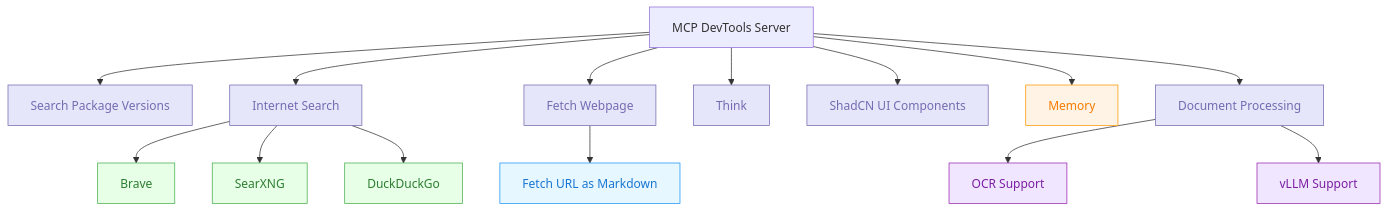
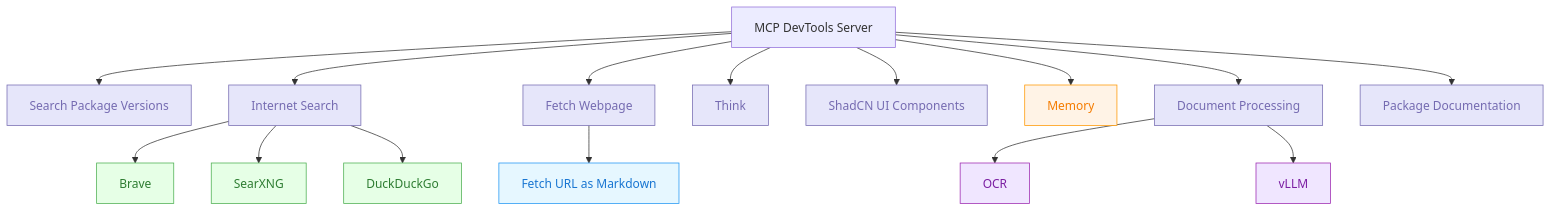
The diagram in README.md (sammcj/mcp-devtools), drawn with Mermaid before and after one commit. The commit also changed other lines of this file and 7 other files, not shown here.

Commit message:
feat: new package docs tool for context7

````diff
--- a/README.md
+++ b/README.md
@@ -7,33 +7,36 @@
 ```mermaid
 graph TD
     A[MCP DevTools Server] --> B[Search Package Versions]
     A --> C[Internet Search]
     A --> D[Fetch Webpage]
     A --> E[Think]
     A --> F[ShadCN UI Components]
     A --> G[Memory]
     A --> H[Document Processing]
+    A --> I[Package Documentation]
 
     C --> C1[Brave]
     C --> C2[SearXNG]
     C --> C3[DuckDuckGo]
 
     D --> D1[Fetch URL as Markdown]
 
-    H --> H5[OCR Support]
-    H --> H6[vLLM Support]
+    H --> H5[OCR]
+    H --> H6[vLLM]
 
     classDef toolCategory fill:#E6E6FA,stroke:#756BB1,color:#756BB1
     classDef tool fill:#EFF3FF,stroke:#9ECAE1,color:#3182BD
     classDef searchTool fill:#E6FFE6,stroke:#4CAF50,color:#2E7D32
     classDef memoryTool fill:#FFF3E6,stroke:#FF9800,color:#F57C00
     classDef webTool fill:#E6F7FF,stroke:#2196F3,color:#1976D2
     classDef docTool fill:#F0E6FF,stroke:#9C27B0,color:#7B1FA2
+    classDef packageTool fill:#FFF0E6,stroke:#FF6B35,color:#D84315
 
-    class B,C,D,E,F,H toolCategory
+    class B,C,D,E,F,H,I toolCategory
     class B1,B2,E1,F1 tool
     class B1,C1,C2,C3 searchTool
     class G memoryTool
     class D1 webTool
     class H1,H2,H3,H4,H5,H6 docTool
+    class I1,I2 packageTool
 ```
````
